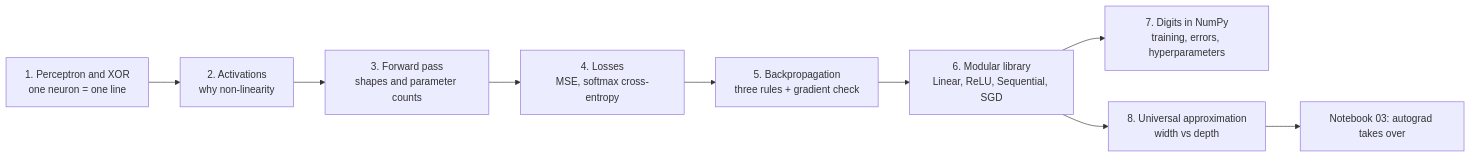
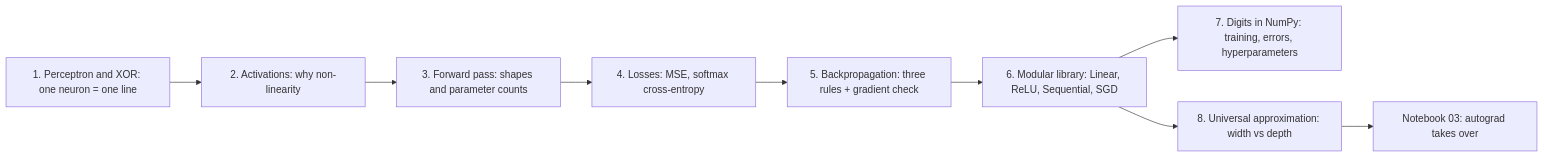
One commit to dthemann/deep-learning changed the diagram in notebooks/02_neural_networks_from_scratch.md. Above: the diagram before and after it, drawn with Mermaid. The commit also changed 70 other files, not shown here.

````diff
--- a/notebooks/02_neural_networks_from_scratch.md
+++ b/notebooks/02_neural_networks_from_scratch.md
@@ -24,11 +24,11 @@
 ```mermaid
 flowchart LR
-    S1["1. Perceptron and XOR<br/>one neuron = one line"] --> S2["2. Activations<br/>why non-linearity"]
-    S2 --> S3["3. Forward pass<br/>shapes and parameter counts"]
-    S3 --> S4["4. Losses<br/>MSE, softmax cross-entropy"]
-    S4 --> S5["5. Backpropagation<br/>three rules + gradient check"]
-    S5 --> S6["6. Modular library<br/>Linear, ReLU, Sequential, SGD"]
-    S6 --> S7["7. Digits in NumPy<br/>training, errors, hyperparameters"]
-    S6 --> S8["8. Universal approximation<br/>width vs depth"]
+    S1["1. Perceptron and XOR: one neuron = one line"] --> S2["2. Activations: why non-linearity"]
+    S2 --> S3["3. Forward pass: shapes and parameter counts"]
+    S3 --> S4["4. Losses: MSE, softmax cross-entropy"]
+    S4 --> S5["5. Backpropagation: three rules + gradient check"]
+    S5 --> S6["6. Modular library: Linear, ReLU, Sequential, SGD"]
+    S6 --> S7["7. Digits in NumPy: training, errors, hyperparameters"]
+    S6 --> S8["8. Universal approximation: width vs depth"]
     S8 --> N3["Notebook 03: autograd takes over"]
 ```
````
